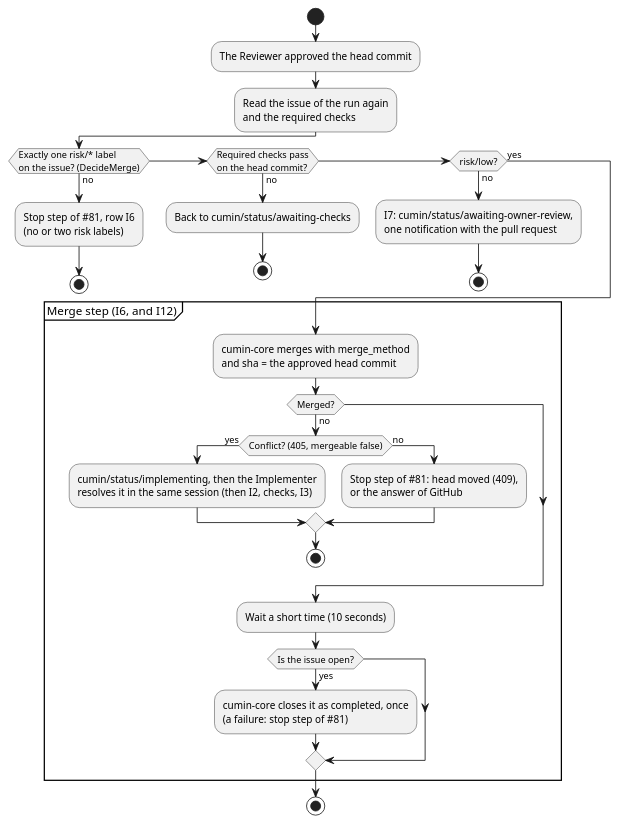
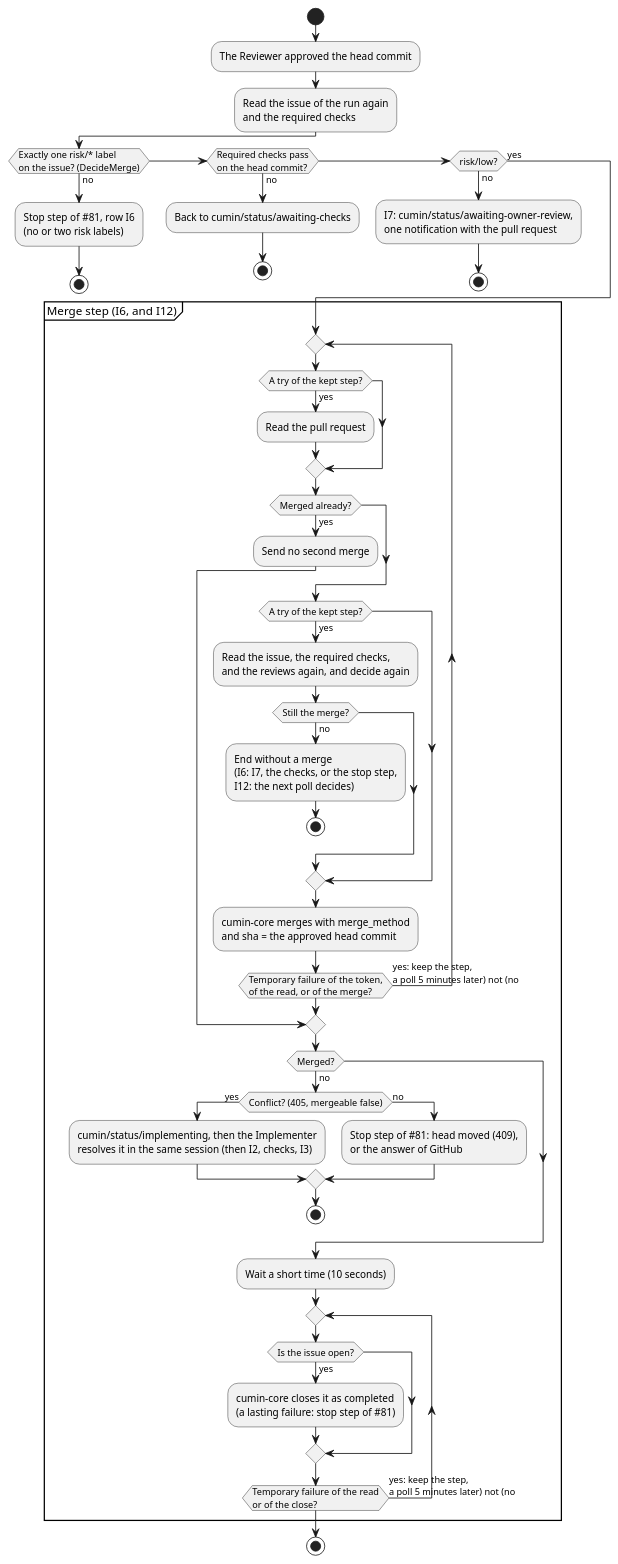
Before and after one commit to cloveclovedev/cumin-works: the diagram in docs/ja/designs/poll-merge.puml, drawn with PlantUML. The commit also changed 9 other files, not shown here.

First line of the commit message:
feat(workflow): keep the merge step and run it again after a temporary failure (#474)

```diff
--- a/docs/ja/designs/poll-merge.puml
+++ b/docs/ja/designs/poll-merge.puml
@@ -1,47 +1,72 @@
 @startuml poll-merge
 ' cumin works - the approved pull request (I6, I7) and the merge step that I12 reuses.
 ' Document: poll.md, section on the merge step.
 ' Render: run scripts/render-diagrams.sh at the root of the repository.
 skinparam shadowing false
 skinparam defaultFontName sans-serif
 
 start
 :The Reviewer approved the head commit;
 :Read the issue of the run again
 and the required checks;
 if (Exactly one risk/* label
 on the issue? (DecideMerge)) then (no)
   :Stop step of #81, row I6
   (no or two risk labels);
   stop
 elseif (Required checks pass
 on the head commit?) then (no)
   :Back to cumin/status/awaiting-checks;
   stop
 elseif (risk/low?) then (no)
   :I7: cumin/status/awaiting-owner-review,
   one notification with the pull request;
   stop
 else (yes)
 endif
 partition "Merge step (I6, and I12)" {
-  :cumin-core merges with merge_method
-  and sha = the approved head commit;
+  repeat
+    if (A try of the kept step?) then (yes)
+      :Read the pull request;
+    endif
+    if (Merged already?) then (yes)
+      :Send no second merge;
+      break
+    endif
+    if (A try of the kept step?) then (yes)
+      :Read the issue, the required checks,
+      and the reviews again, and decide again;
+      if (Still the merge?) then (no)
+        :End without a merge
+        (I6: I7, the checks, or the stop step,
+        I12: the next poll decides);
+        stop
+      endif
+    endif
+    :cumin-core merges with merge_method
+    and sha = the approved head commit;
+  repeat while (Temporary failure of the token,
+of the read, or of the merge?) is (yes: keep the step,
+a poll 5 minutes later) not (no)
   if (Merged?) then (no)
     if (Conflict? (405, mergeable false)) then (yes)
       :cumin/status/implementing, then the Implementer
       resolves it in the same session (then I2, checks, I3);
     else (no)
       :Stop step of #81: head moved (409),
       or the answer of GitHub;
     endif
     stop
   endif
   :Wait a short time (10 seconds);
-  if (Is the issue open?) then (yes)
-    :cumin-core closes it as completed, once
-    (a failure: stop step of #81);
-  endif
+  repeat
+    if (Is the issue open?) then (yes)
+      :cumin-core closes it as completed
+      (a lasting failure: stop step of #81);
+    endif
+  repeat while (Temporary failure of the read
+or of the close?) is (yes: keep the step,
+a poll 5 minutes later) not (no)
 }
 stop
 @enduml
```
